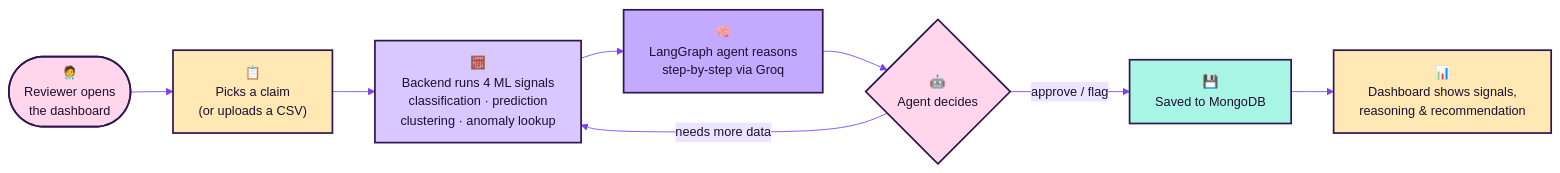
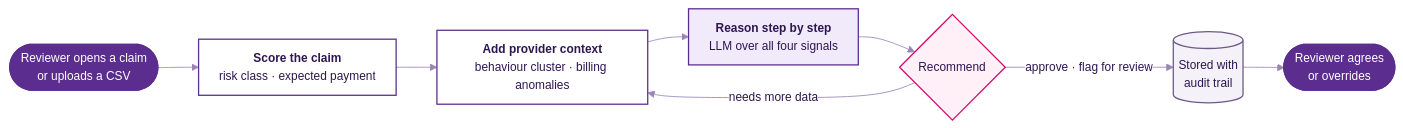
Before and after one commit to AhmedJesserLahmer/Cotiviti-ai-claims-review-assistant: the first of 4 diagrams in README.md, drawn with Mermaid. The commit also changed other lines of this file, not shown here.

First line of the commit message:
docs: redesign the README diagrams

````diff
--- a/README.md
+++ b/README.md
@@ -116,19 +116,22 @@
 ```mermaid
-%%{init: {"theme": "base", "themeVariables": {"primaryColor": "#ede4ff", "primaryBorderColor": "#2e1650", "primaryTextColor": "#1a1030", "lineColor": "#7e3ff2", "fontSize": "15px", "edgeLabelBackground": "#ede4ff", "secondaryColor": "#ede4ff", "tertiaryColor": "#ede4ff"}}}%%
+%%{init: {"theme": "base", "themeVariables": {"fontSize": "14px", "primaryColor": "#ffffff", "primaryBorderColor": "#5b2d8e", "primaryTextColor": "#2e1650", "lineColor": "#9b86b8", "clusterBkg": "#f8f5fc", "clusterBorder": "#d8cce8", "edgeLabelBackground": "#ffffff", "titleColor": "#5b2d8e"}, "flowchart": {"curve": "basis", "nodeSpacing": 36, "rankSpacing": 48, "padding": 12}}}%%
 flowchart LR
-    A(["🧑‍⚕️<br/>Reviewer opens<br/>the dashboard"]) --> B["📋<br/>Picks a claim<br/>(or uploads a CSV)"]
-    B --> C["🧮<br/>Backend runs 4 ML signals<br/>classification · prediction<br/>clustering · anomaly lookup"]
-    C --> D["🧠<br/>LangGraph agent reasons<br/>step-by-step via Groq"]
-    D --> E{"🤖<br/>Agent decides"}
-    E -->|"needs more data"| C
-    E -->|"approve / flag"| F["💾<br/>Saved to MongoDB"]
-    F --> G["📊<br/>Dashboard shows signals,<br/>reasoning & recommendation"]
+    A([Reviewer opens a claim<br/>or uploads a CSV]):::terminal
+    B["<b>Score the claim</b><br/>risk class · expected payment"]:::step
+    C["<b>Add provider context</b><br/>behaviour cluster · billing anomalies"]:::step
+    D["<b>Reason step by step</b><br/>LLM over all four signals"]:::ai
+    E{"Recommend"}:::decision
+    F[("Stored with<br/>audit trail")]:::store
+    G(["Reviewer agrees<br/>or overrides"]):::terminal
 
-    style A fill:#ffd6ec,stroke:#2e1650,stroke-width:2px,color:#1a1030
-    style B fill:#ffe8b3,stroke:#2e1650,stroke-width:2px,color:#1a1030
-    style C fill:#d9c7ff,stroke:#2e1650,stroke-width:2px,color:#1a1030
-    style D fill:#c3aaff,stroke:#2e1650,stroke-width:2px,color:#1a1030
-    style E fill:#ffd6ec,stroke:#2e1650,stroke-width:2px,color:#1a1030
-    style F fill:#a8f5e6,stroke:#2e1650,stroke-width:2px,color:#1a1030
-    style G fill:#ffe8b3,stroke:#2e1650,stroke-width:2px,color:#1a1030
+    A --> B --> C --> D --> E
+    E -- "needs more data" --> C
+    E -- "approve · flag for review" --> F --> G
+
+    classDef step fill:#ffffff,stroke:#5b2d8e,stroke-width:1.5px,color:#2e1650
+    classDef ai fill:#f1eafb,stroke:#5b2d8e,stroke-width:1.5px,color:#2e1650
+    classDef decision fill:#fff0f7,stroke:#d6086f,stroke-width:1.5px,color:#2e1650
+    classDef store fill:#f4f1f8,stroke:#6b5a86,stroke-width:1.5px,color:#2e1650
+    classDef external fill:#f6f6f8,stroke:#8a8798,stroke-width:1.5px,stroke-dasharray:4 3,color:#3d3a4a
+    classDef terminal fill:#5b2d8e,stroke:#5b2d8e,stroke-width:1.5px,color:#ffffff
 ```
````
